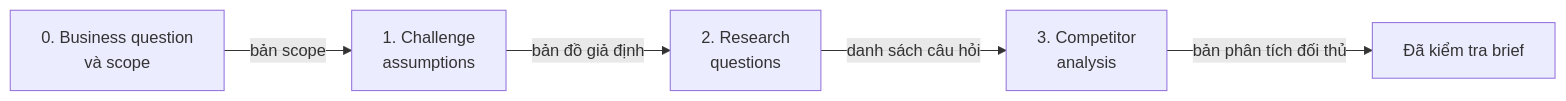
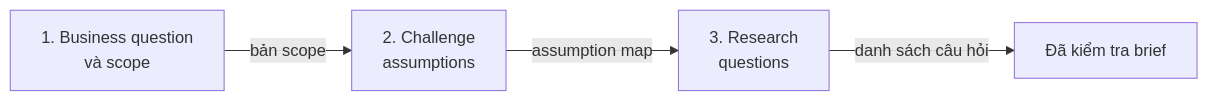
Before and after one commit to vannguyen2910/ai-design-workflow: the first of 2 diagrams in lessons/02-discover-the-problem/materials/discover-the-problem-lesson.md, drawn with Mermaid. The commit also changed other lines of this file and 8 other files, not shown here.

````diff
--- a/lessons/02-discover-the-problem/materials/discover-the-problem-lesson.md
+++ b/lessons/02-discover-the-problem/materials/discover-the-problem-lesson.md
@@ -110,4 +143,4 @@
 ```mermaid
 flowchart LR
-  B0["0. Business question<br/>và scope"] -->|bản scope| B1["1. Challenge<br/>assumptions"] -->|bản đồ giả định| B2["2. Research<br/>questions"] -->|danh sách câu hỏi| B3["3. Competitor<br/>analysis"] -->|bản phân tích đối thủ| E["Đã kiểm tra brief"]
+  B0["1. Business question<br/>và scope"] -->|bản scope| B1["2. Challenge<br/>assumptions"] -->|assumption map| B2["3. Research<br/>questions"] -->|danh sách câu hỏi| E["Đã kiểm tra brief"]
 ```
````
